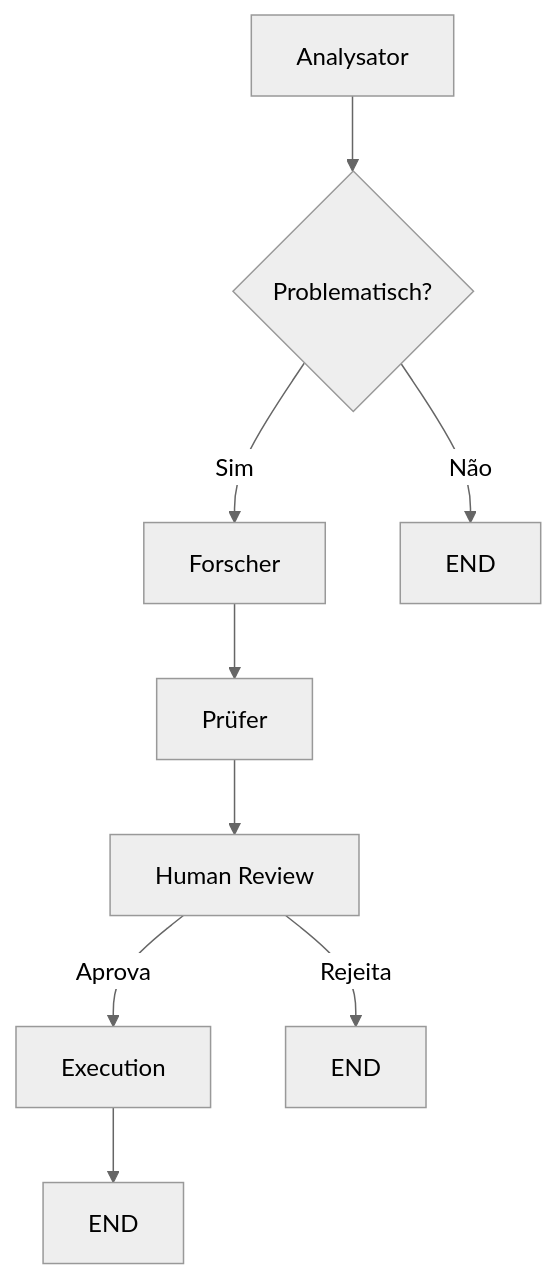
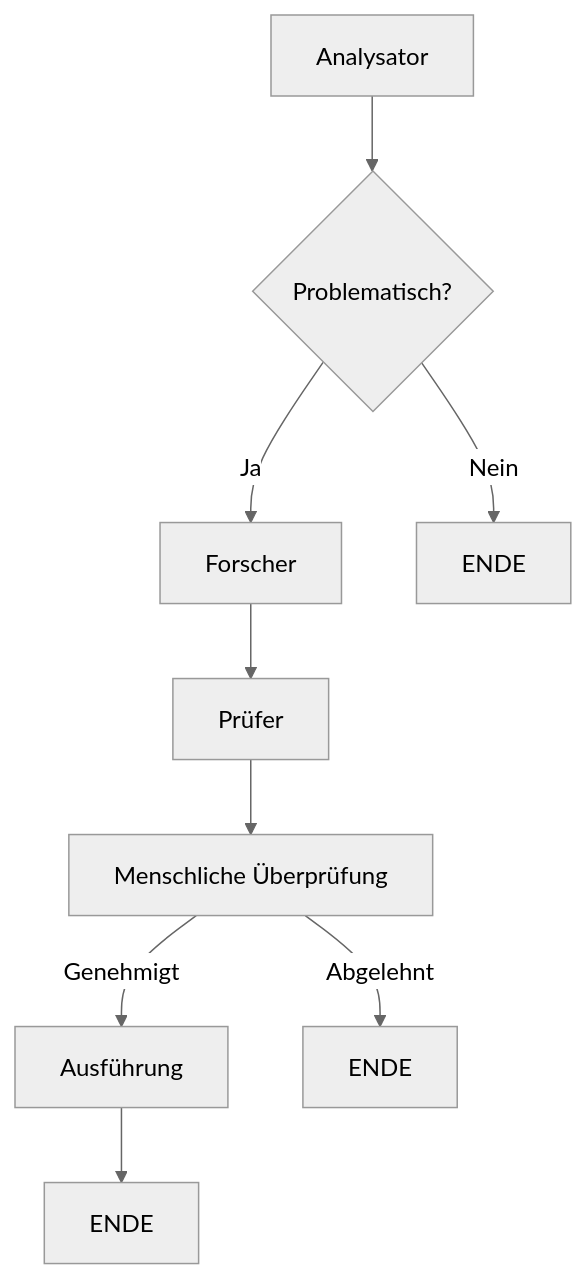
Before and after one commit to RuanaRamos/Multi-Agenten: the diagram in README.md, drawn with Mermaid (neutral theme). The commit also changed other lines of this file and 2 other files, not shown here.

````diff
--- a/README.md
+++ b/README.md
@@ -212,11 +210,11 @@
 ```mermaid
 graph TD
     A[Analysator] --> B{Problematisch?}
-    B -->|Sim| C[Forscher]
-    B -->|Não| E[END]
+    B -->|Ja| C[Forscher]
+    B -->|Nein| E[ENDE]
     C --> D[Prüfer]
-    D --> F[Human Review]
-    F -->|Aprova| G[Execution]
-    F -->|Rejeita| H[END]
-    G --> I[END]
+    D --> F[Menschliche Überprüfung]
+    F -->|Genehmigt| G[Ausführung]
+    F -->|Abgelehnt| H[ENDE]
+    G --> I[ENDE]
 ```
````
